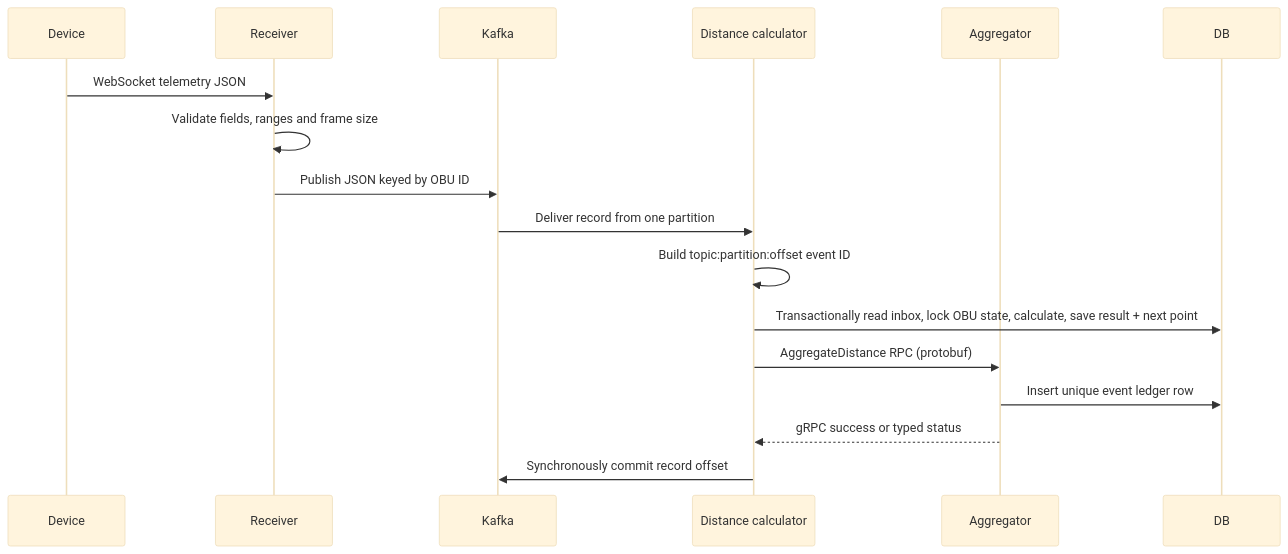
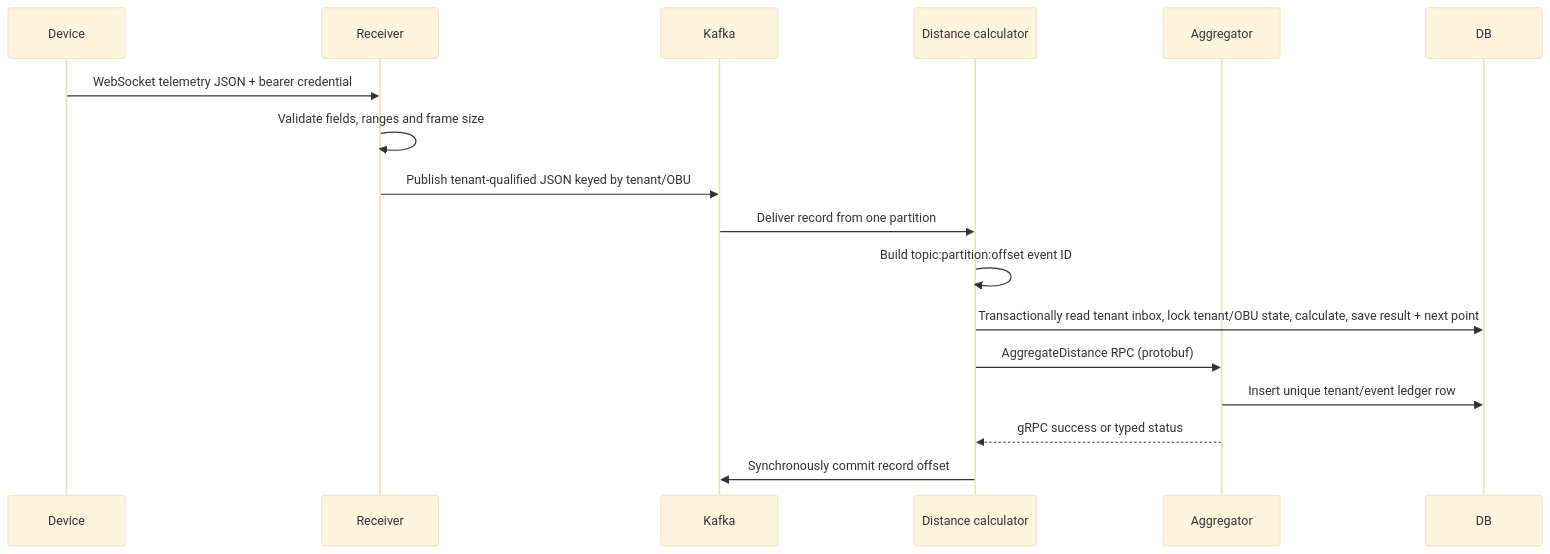
One commit to Tanmoy095/FleetToll-Engine changed the second of 2 diagrams in docs/architecture/HLD.md. Above: the diagram before and after it, drawn with Mermaid (base theme). The commit also changed other lines of this file and 26 other files, not shown here.

````diff
--- a/docs/architecture/HLD.md
+++ b/docs/architecture/HLD.md
@@ -36,18 +36,18 @@
 ```mermaid
 sequenceDiagram
   participant D as Device
   participant R as Receiver
   participant K as Kafka
   participant C as Distance calculator
   participant A as Aggregator
-  D->>R: WebSocket telemetry JSON
+  D->>R: WebSocket telemetry JSON + bearer credential
   R->>R: Validate fields, ranges and frame size
-  R->>K: Publish JSON keyed by OBU ID
+  R->>K: Publish tenant-qualified JSON keyed by tenant/OBU
   K->>C: Deliver record from one partition
   C->>C: Build topic:partition:offset event ID
-  C->>DB: Transactionally read inbox, lock OBU state, calculate, save result + next point
+  C->>DB: Transactionally read tenant inbox, lock tenant/OBU state, calculate, save result + next point
   C->>A: AggregateDistance RPC (protobuf)
-  A->>DB: Insert unique event ledger row
+  A->>DB: Insert unique tenant/event ledger row
   A-->>C: gRPC success or typed status
   C->>K: Synchronously commit record offset
 ```
````
